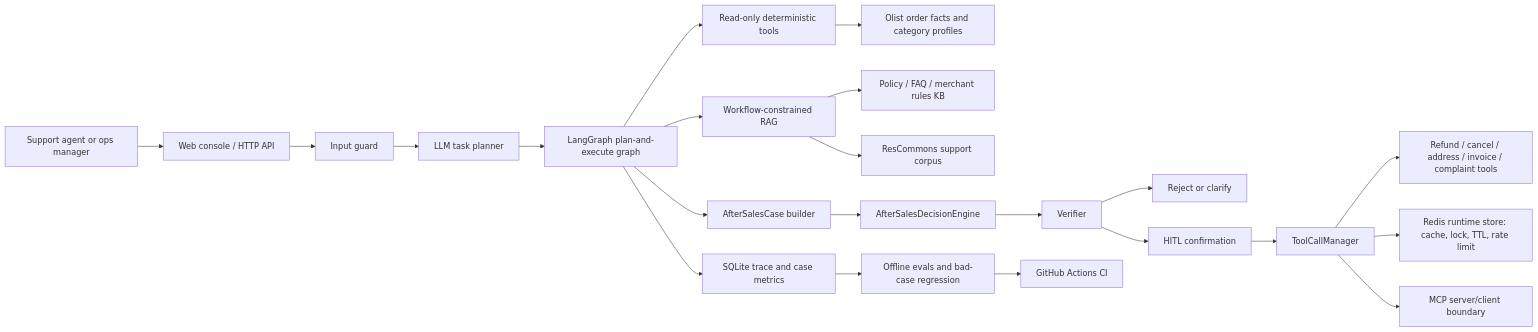
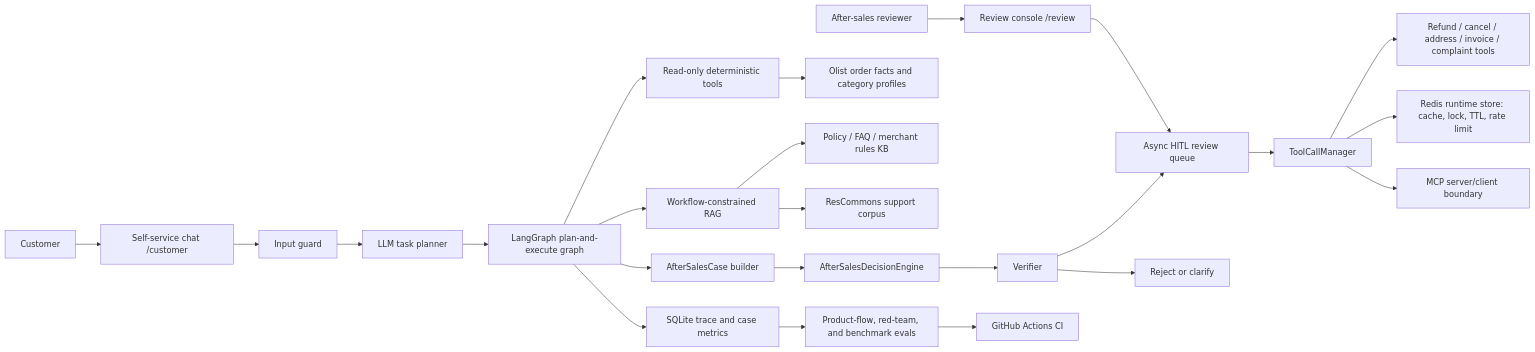
The diagram in docs/diagrams/overall_architecture.mmd (bigfish-emily/commerce-support-agent), drawn with Mermaid before and after one commit.

Commit message:
align architecture wording with customer support flow

```diff
--- a/docs/diagrams/overall_architecture.mmd
+++ b/docs/diagrams/overall_architecture.mmd
@@ -1,26 +1,28 @@
 flowchart LR
-    User[Support agent or ops manager] --> UI[Web console / HTTP API]
-    UI --> Guard[Input guard]
+    Customer[Customer] --> CustomerUI[Self-service chat /customer]
+    Reviewer[After-sales reviewer] --> ReviewUI[Review console /review]
+    CustomerUI --> Guard[Input guard]
     Guard --> Planner[LLM task planner]
     Planner --> Graph[LangGraph plan-and-execute graph]
+    ReviewUI --> HITL
 
     Graph --> ReadTools[Read-only deterministic tools]
     Graph --> RAG[Workflow-constrained RAG]
     Graph --> Case[AfterSalesCase builder]
 
     ReadTools --> Olist[Olist order facts and category profiles]
     RAG --> Policy[Policy / FAQ / merchant rules KB]
     RAG --> SupportCorpus[ResCommons support corpus]
 
     Case --> Decision[AfterSalesDecisionEngine]
     Decision --> Verifier[Verifier]
     Verifier --> SafeExit[Reject or clarify]
-    Verifier --> HITL[HITL confirmation]
+    Verifier --> HITL[Async HITL review queue]
     HITL --> ToolManager[ToolCallManager]
     ToolManager --> SideEffect[Refund / cancel / address / invoice / complaint tools]
 
     ToolManager --> Redis[Redis runtime store: cache, lock, TTL, rate limit]
     ToolManager --> MCP[MCP server/client boundary]
     Graph --> Trace[SQLite trace and case metrics]
-    Trace --> Eval[Offline evals and bad-case regression]
+    Trace --> Eval[Product-flow, red-team, and benchmark evals]
     Eval --> CI[GitHub Actions CI]
```
